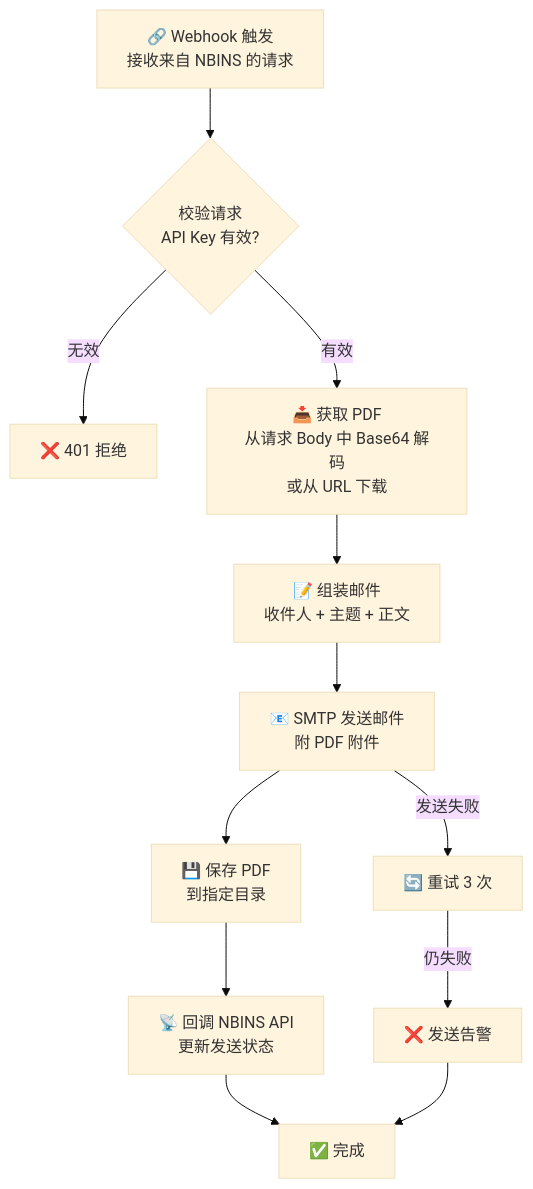
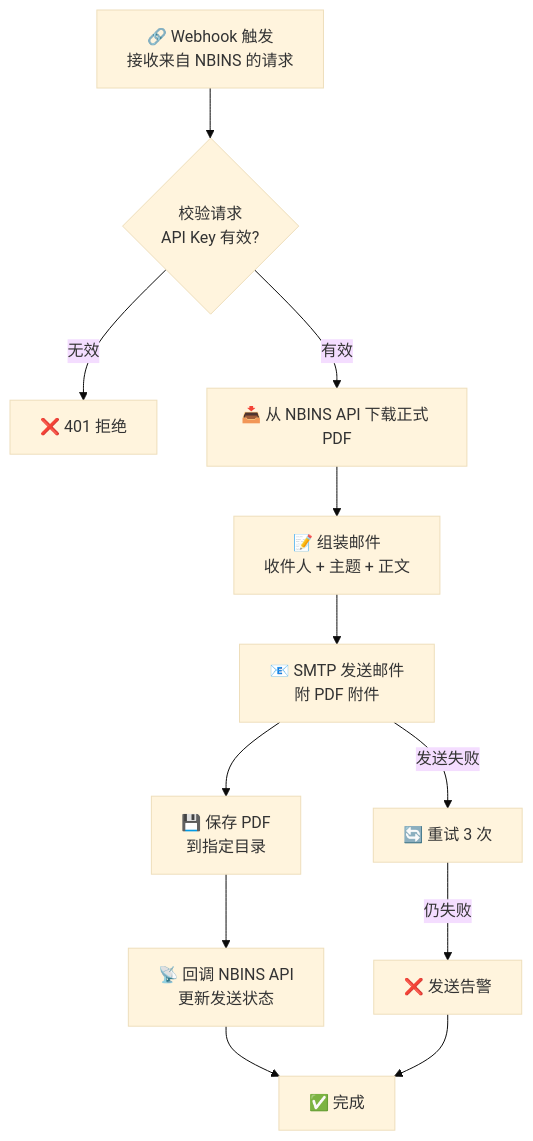
One commit to xingkaijun/nbins changed the third of 3 diagrams in docs/n8n-plan.md. Above: the diagram before and after it, drawn with Mermaid (base theme). The commit also changed other lines of this file and 3 other files, not shown here.

Commit message:
docs: align NBINS v6 architecture and workflow decisions

````diff
--- a/docs/n8n-plan.md
+++ b/docs/n8n-plan.md
@@ -231,15 +233,15 @@
 ```mermaid
 flowchart TD
     START["🔗 Webhook 触发<br/>接收来自 NBINS 的请求"] --> VALIDATE{"校验请求<br/>API Key 有效?"}
     VALIDATE -->|无效| REJECT["❌ 401 拒绝"]
-    VALIDATE -->|有效| FETCH["📥 获取 PDF<br/>从请求 Body 中 Base64 解码<br/>或从 URL 下载"]
+    VALIDATE -->|有效| FETCH["📥 从 NBINS API 下载正式 PDF"]
     FETCH --> COMPOSE["📝 组装邮件<br/>收件人 + 主题 + 正文"]
     COMPOSE --> SEND["📧 SMTP 发送邮件<br/>附 PDF 附件"]
     SEND --> SAVE["💾 保存 PDF<br/>到指定目录"]
     SAVE --> CALLBACK["📡 回调 NBINS API<br/>更新发送状态"]
     CALLBACK --> END["✅ 完成"]
     
     SEND -->|发送失败| RETRY["🔄 重试 3 次"]
     RETRY -->|仍失败| ERROR["❌ 发送告警"]
     ERROR --> END
 ```
````
